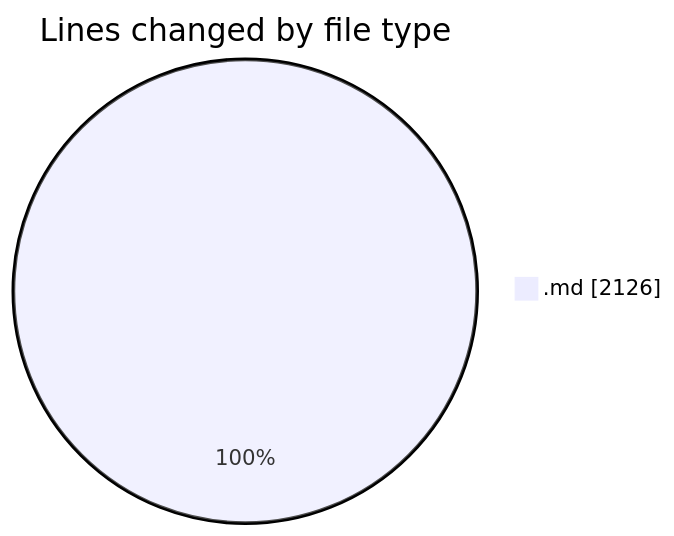
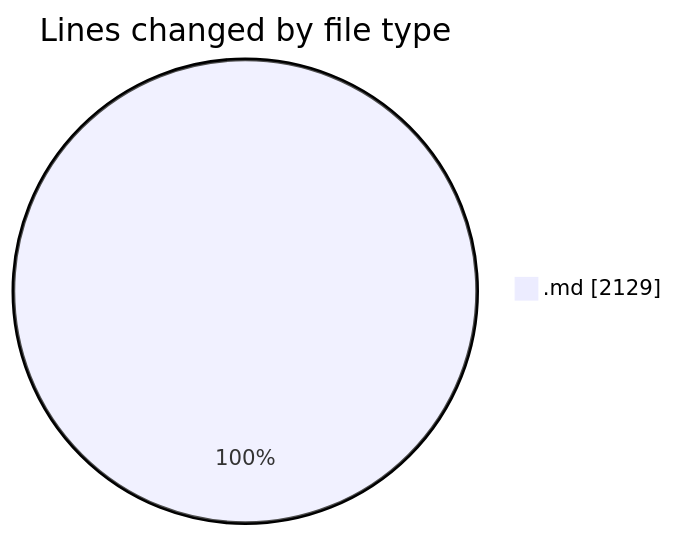
Before and after one commit to Ritupan-Deka/code-tracking: the first of 2 diagrams in 2025-07-07/urlwebwala_intership_work/README.md, drawn with Mermaid. The commit also changed other lines of this file and 1 other file, not shown here.

````diff
--- a/2025-07-07/urlwebwala_intership_work/README.md
+++ b/2025-07-07/urlwebwala_intership_work/README.md
@@ -22,5 +22,5 @@
 ```mermaid
 pie showData
 title Lines changed by file type
-".md" : 2126
+".md" : 2129
 ```
````
